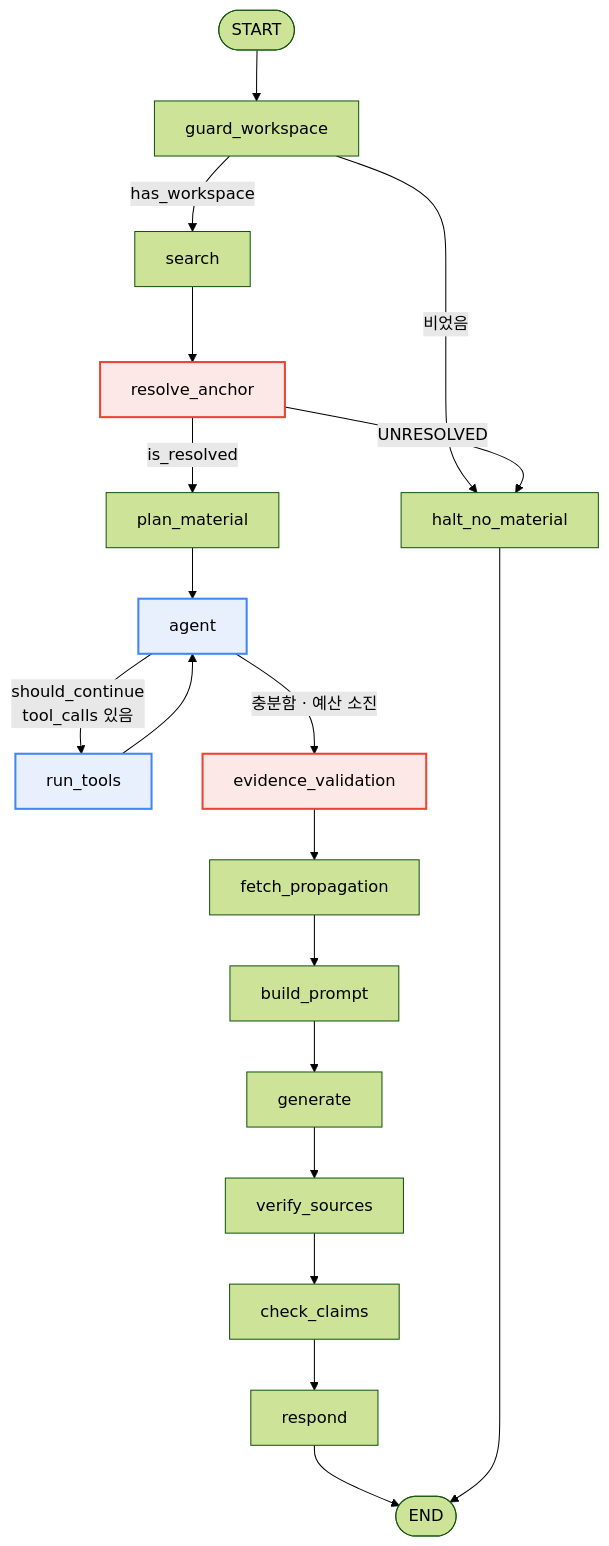
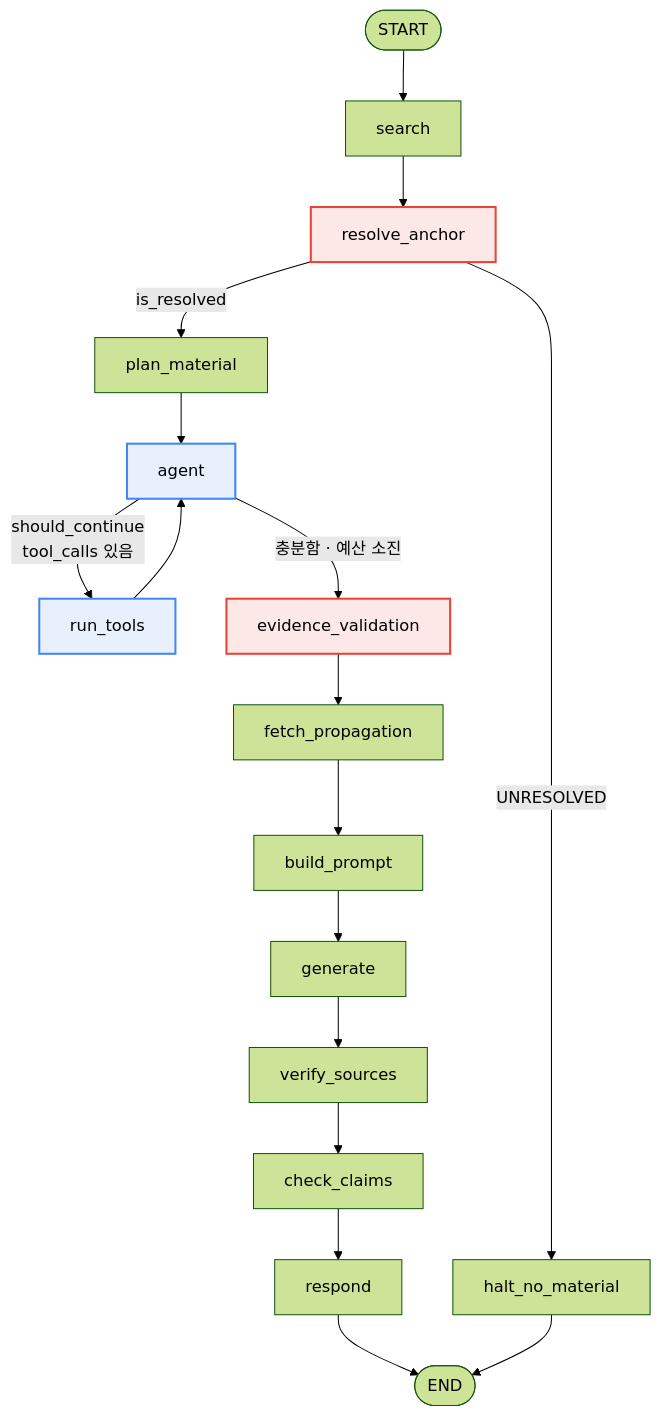
Before and after one commit to Biz-Node/BizNode-AI-Data: the second of 6 diagrams in docs/BizNode_Agent_Architecture_Design.md, drawn with Mermaid (forest theme). The commit also changed other lines of this file and 4 other files, not shown here.

````diff
--- a/docs/BizNode_Agent_Architecture_Design.md
+++ b/docs/BizNode_Agent_Architecture_Design.md
@@ -217,28 +236,26 @@
 ```mermaid
 flowchart TD
-    START([START]) --> GW[guard_workspace]
-    GW -->|has_workspace| SE[search]
-    GW -->|비었음| HALT[halt_no_material]
+    START([START]) --> SE[search]
     SE --> RA[resolve_anchor]
     RA -->|is_resolved| PM[plan_material]
-    RA -->|UNRESOLVED| HALT
+    RA -->|UNRESOLVED| HALT[halt_no_material]
 
     PM --> AG[agent]
     AG -->|"should_continue<br/>tool_calls 있음"| RT[run_tools]
     AG -->|"충분함 · 예산 소진"| EV[evidence_validation]
     RT --> AG
 
     EV --> FP[fetch_propagation]
     FP --> BP[build_prompt]
     BP --> GEN[generate]
     GEN --> VS[verify_sources]
     VS --> CC[check_claims]
     CC --> RESP[respond]
     RESP --> FIN([END])
     HALT --> FIN
 
     style AG fill:#e8f0fe,stroke:#4285f4,stroke-width:2px
     style RT fill:#e8f0fe,stroke:#4285f4,stroke-width:2px
     style EV fill:#fce8e6,stroke:#ea4335,stroke-width:2px
     style RA fill:#fce8e6,stroke:#ea4335,stroke-width:2px
 ```
````
